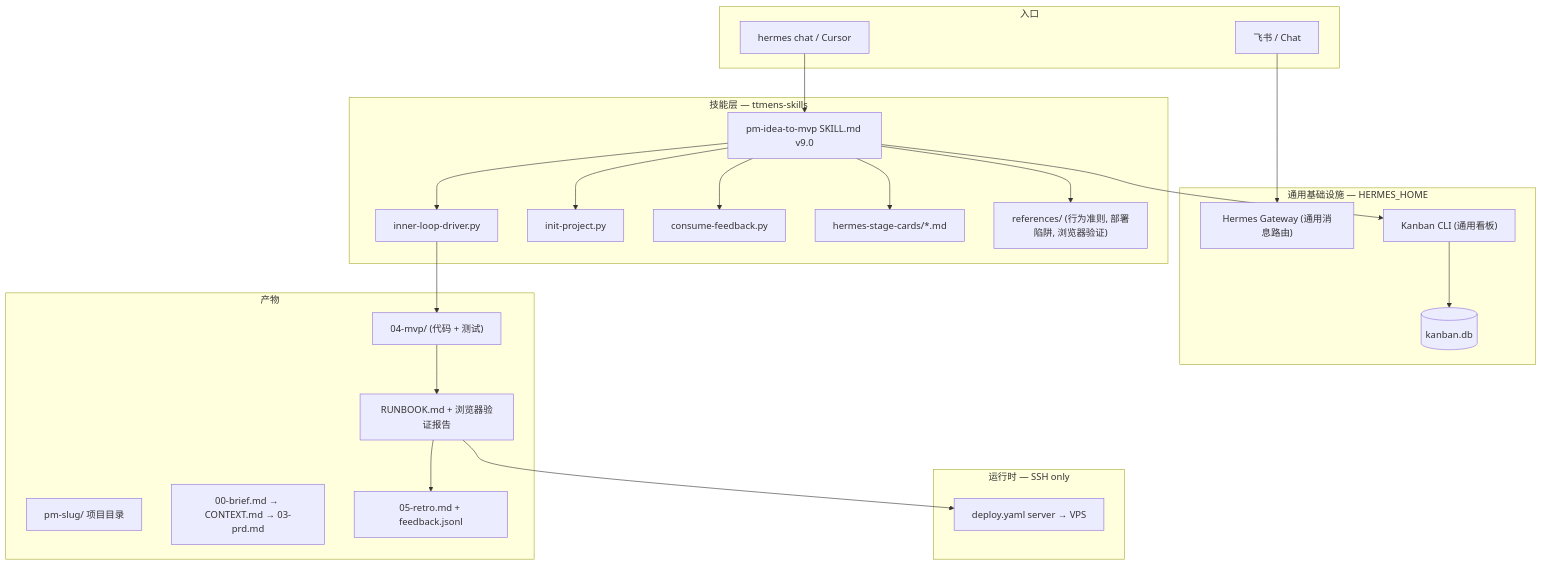
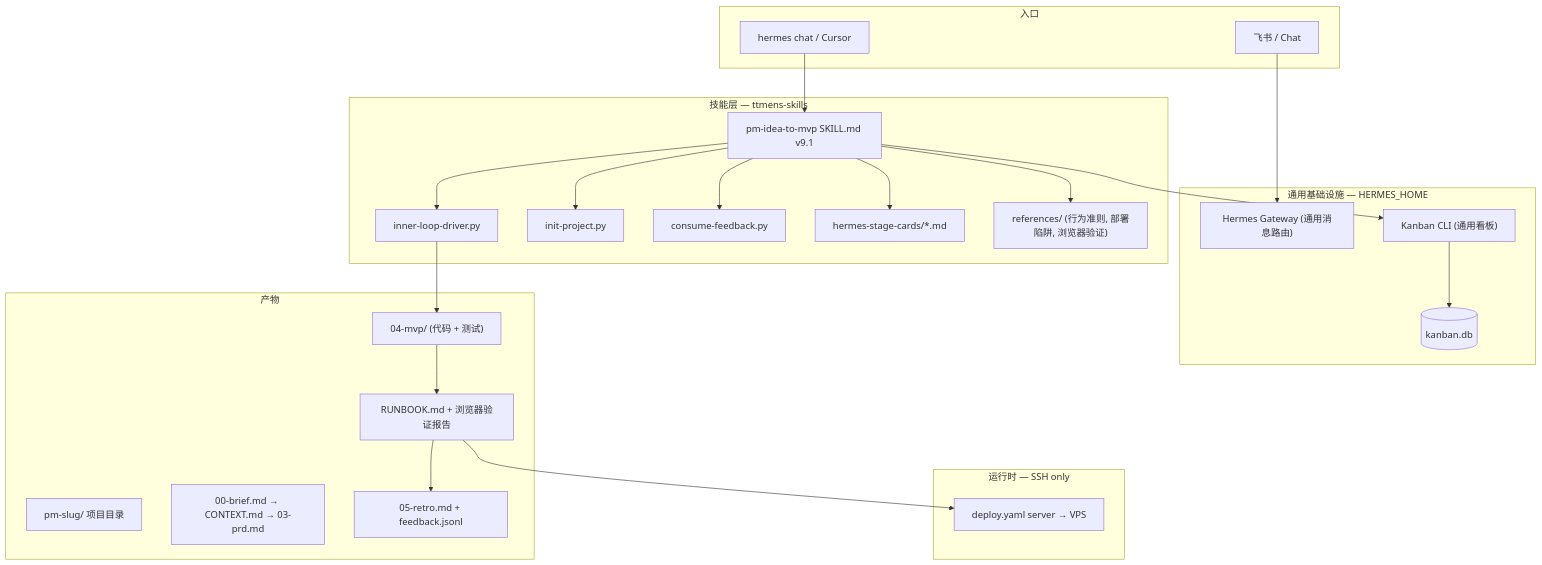
The diagram in docs/ARCHITECTURE.md (ttmens/ttmens-skills), drawn with Mermaid before and after one commit. The commit also changed other lines of this file and 57 other files, not shown here.

First line of the commit message:
feat: pm-idea-to-mvp v9.1.0 — artifact-driven pipeline with align+ship checkpoints

````diff
--- a/docs/ARCHITECTURE.md
+++ b/docs/ARCHITECTURE.md
@@ -29,48 +29,48 @@
 ```mermaid
 flowchart TB
   subgraph entry [入口]
     Feishu["飞书 / Chat"]
     CLI["hermes chat / Cursor"]
   end
 
   subgraph skill [技能层 — ttmens-skills]
-    SKILL["pm-idea-to-mvp SKILL.md v9.0"]
+    SKILL["pm-idea-to-mvp SKILL.md v9.1"]
     InnerLoop["inner-loop-driver.py"]
     InitProj["init-project.py"]
     Feedback["consume-feedback.py"]
     StageCards["hermes-stage-cards/*.md"]
     Refs["references/ (行为准则, 部署陷阱, 浏览器验证)"]
   end
 
   subgraph orchestration [通用基础设施 — HERMES_HOME]
     GW["Hermes Gateway (通用消息路由)"]
     KB["Kanban CLI (通用看板)"]
     DB[(kanban.db)]
   end
 
   subgraph artifacts [产物]
     Proj["pm-slug/ 项目目录"]
     Brief["00-brief.md → CONTEXT.md → 03-prd.md"]
     MVP["04-mvp/ (代码 + 测试)"]
     Ship["RUNBOOK.md + 浏览器验证报告"]
     Retro["05-retro.md + feedback.jsonl"]
   end
 
   subgraph deploy [运行时 — SSH only]
     Target["deploy.yaml server → VPS"]
   end
 
   Feishu --> GW
   CLI --> SKILL
   SKILL --> StageCards
   SKILL --> Refs
   SKILL --> InitProj
   SKILL --> InnerLoop
   SKILL --> Feedback
   SKILL --> KB
   KB --> DB
   InnerLoop --> MVP
   MVP --> Ship
   Ship --> Target
   Ship --> Retro
 ```
````
